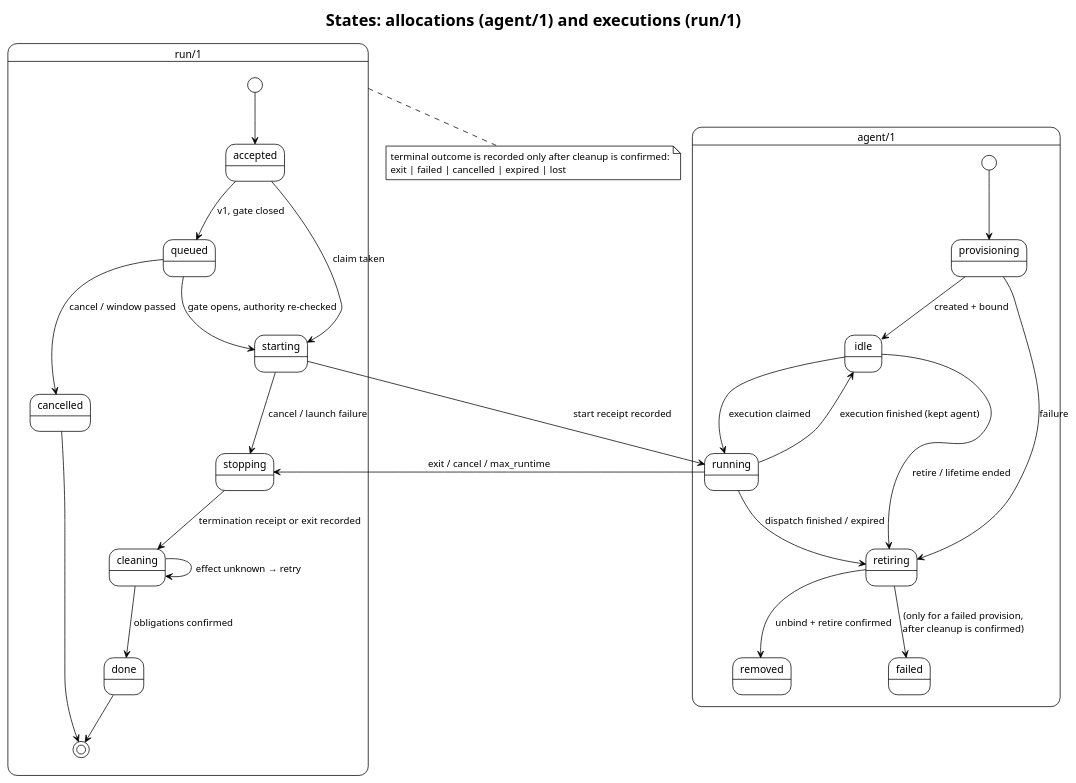
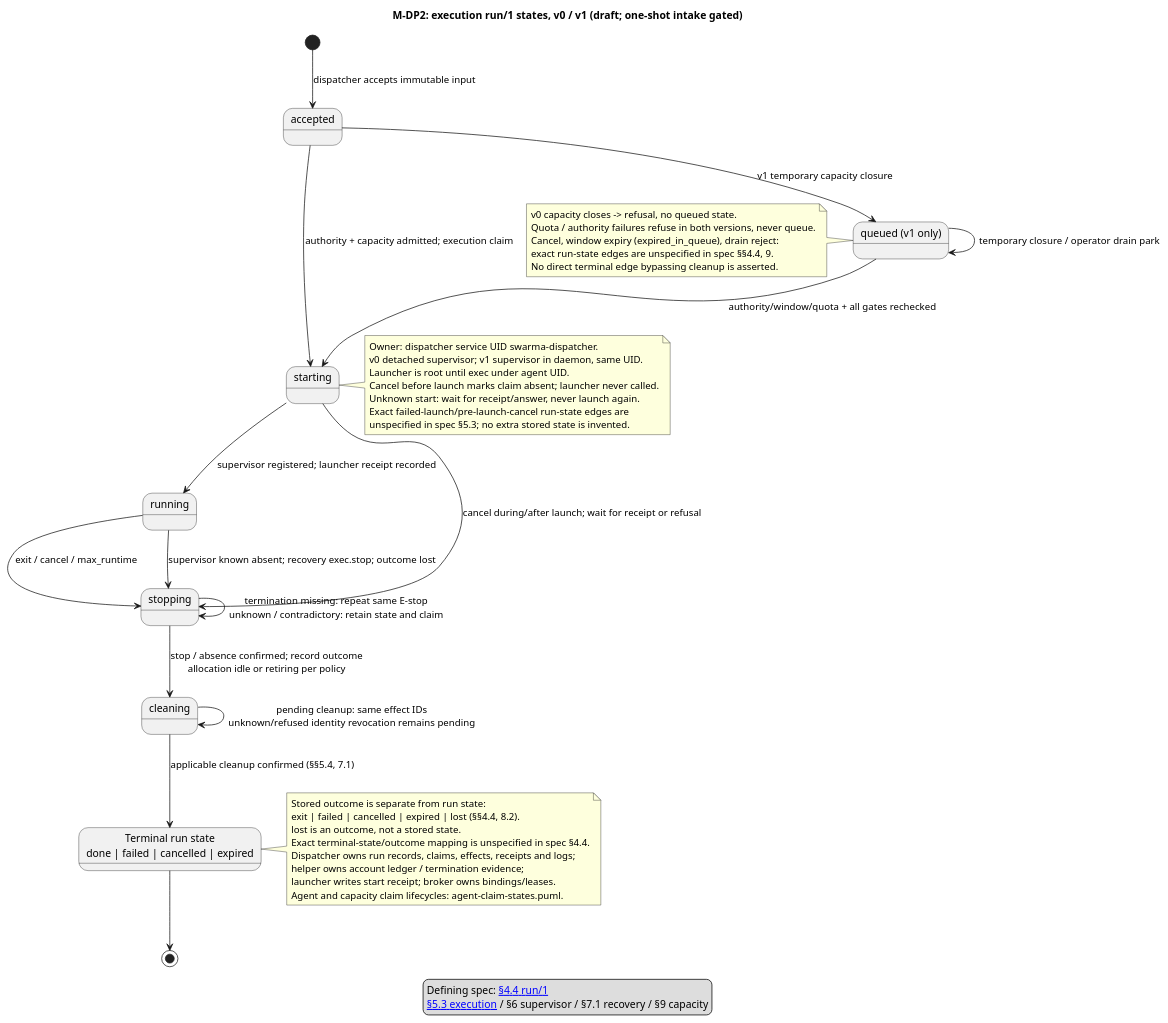
The diagram in diagrams/run-states.puml (relux-works/curator-dispatcher), drawn with PlantUML before and after one commit. The commit also changed 8 other files, not shown here.

First line of the commit message:
Docs: dispatcher module diagrams M-DP1 to M-DP3 (TASK-261011-2mgy8a)

```diff
--- a/diagrams/run-states.puml
+++ b/diagrams/run-states.puml
@@ -1,38 +1,54 @@
 @startuml run-states
-!theme plain
-title States: allocations (agent/1) and executions (run/1)
-
-state "agent/1" as A {
-  [*] --> provisioning
-  provisioning --> idle : created + bound
-  provisioning --> a_retiring : failure
-  idle --> running : execution claimed
-  running --> idle : execution finished (kept agent)
-  running --> a_retiring : dispatch finished / expired
-  idle --> a_retiring : retire / lifetime ended
-  state "retiring" as a_retiring
-  a_retiring --> removed : unbind + retire confirmed
-  a_retiring --> a_failed : (only for a failed provision,\nafter cleanup is confirmed)
-  state "failed" as a_failed
-}
-
-state "run/1" as R {
-  [*] --> accepted
-  accepted --> queued : v1, gate closed
-  queued --> starting : gate opens, authority re-checked
-  queued --> cancelled : cancel / window passed
-  accepted --> starting : claim taken
-  starting --> running : start receipt recorded
-  starting --> stopping : cancel / launch failure
-  running --> stopping : exit / cancel / max_runtime
-  stopping --> cleaning : termination receipt or exit recorded
-  cleaning --> done : obligations confirmed
-  cleaning --> cleaning : effect unknown → retry
-  done --> [*]
-  cancelled --> [*]
-}
-note bottom of R
-  terminal outcome is recorded only after cleanup is confirmed:
-  exit | failed | cancelled | expired | lost
+title M-DP2: execution run/1 states, v0 / v1 (draft; one-shot intake gated)
+state "accepted" as Accepted
+state "queued (v1 only)" as Queued
+state "starting" as Starting
+state "running" as Running
+state "stopping" as Stopping
+state "cleaning" as Cleaning
+state "Terminal run state\ndone | failed | cancelled | expired" as Terminal
+[*] --> Accepted : dispatcher accepts immutable input
+Accepted --> Queued : v1 temporary capacity closure
+Accepted --> Starting : authority + capacity admitted; execution claim
+Queued --> Starting : authority/window/quota + all gates rechecked
+Queued --> Queued : temporary closure / operator drain park
+Starting --> Running : supervisor registered; launcher receipt recorded
+Starting --> Stopping : cancel during/after launch; wait for receipt or refusal
+Running --> Stopping : exit / cancel / max_runtime
+Running --> Stopping : supervisor known absent; recovery exec.stop; outcome lost
+Stopping --> Stopping : termination missing: repeat same E-stop\nunknown / contradictory: retain state and claim
+Stopping --> Cleaning : stop / absence confirmed; record outcome\nallocation idle or retiring per policy
+Cleaning --> Cleaning : pending cleanup: same effect IDs\nunknown/refused identity revocation remains pending
+Cleaning --> Terminal : applicable cleanup confirmed (§§5.4, 7.1)
+Terminal --> [*]
+note right of Starting
+  Owner: dispatcher service UID swarma-dispatcher.
+  v0 detached supervisor; v1 supervisor in daemon, same UID.
+  Launcher is root until exec under agent UID.
+  Cancel before launch marks claim absent; launcher never called.
+  Unknown start: wait for receipt/answer, never launch again.
+  Exact failed-launch/pre-launch-cancel run-state edges are
+  unspecified in spec §5.3; no extra stored state is invented.
 end note
+note left of Queued
+  v0 capacity closes -> refusal, no queued state.
+  Quota / authority failures refuse in both versions, never queue.
+  Cancel, window expiry (expired_in_queue), drain reject:
+  exact run-state edges are unspecified in spec §§4.4, 9.
+  No direct terminal edge bypassing cleanup is asserted.
+end note
+note right of Terminal
+  Stored outcome is separate from run state:
+  exit | failed | cancelled | expired | lost (§§4.4, 8.2).
+  lost is an outcome, not a stored state.
+  Exact terminal-state/outcome mapping is unspecified in spec §4.4.
+  Dispatcher owns run records, claims, effects, receipts and logs;
+  helper owns account ledger / termination evidence;
+  launcher writes start receipt; broker owns bindings/leases.
+  Agent and capacity claim lifecycles: agent-claim-states.puml.
+end note
+legend
+  Defining spec: [[https://github.com/relux-works/swarma-dispatcher/blob/main/spec/dispatcher.md#44-execution-run1 §4.4 run/1]]
+  [[https://github.com/relux-works/swarma-dispatcher/blob/main/spec/dispatcher.md#53-execution §5.3 execution]] / §6 supervisor / §7.1 recovery / §9 capacity
+endlegend
 @enduml
```
